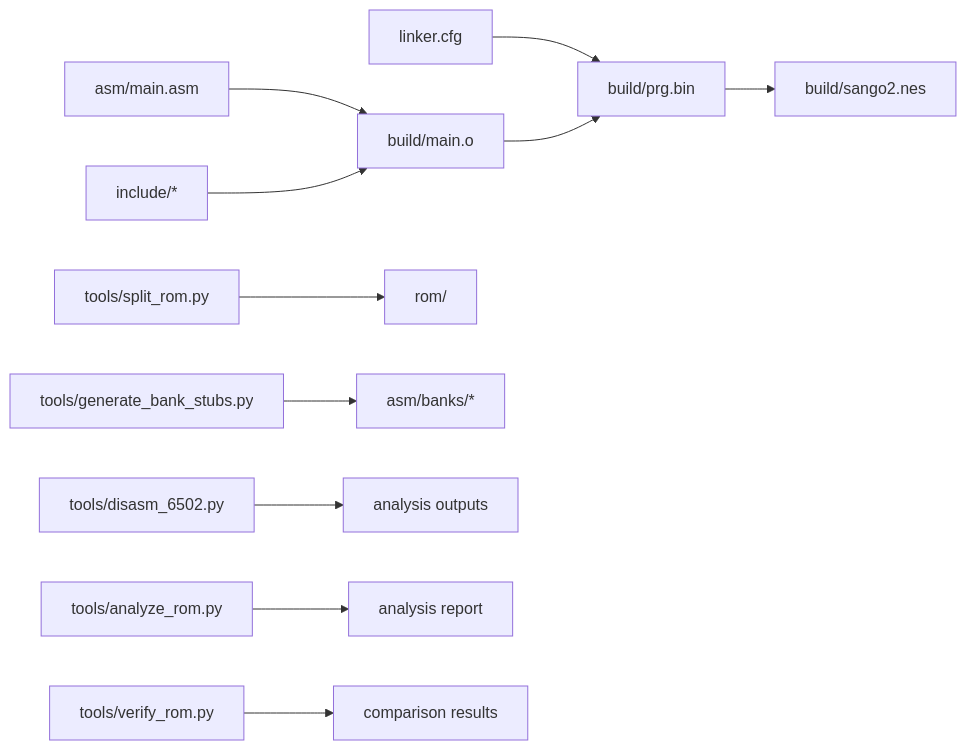
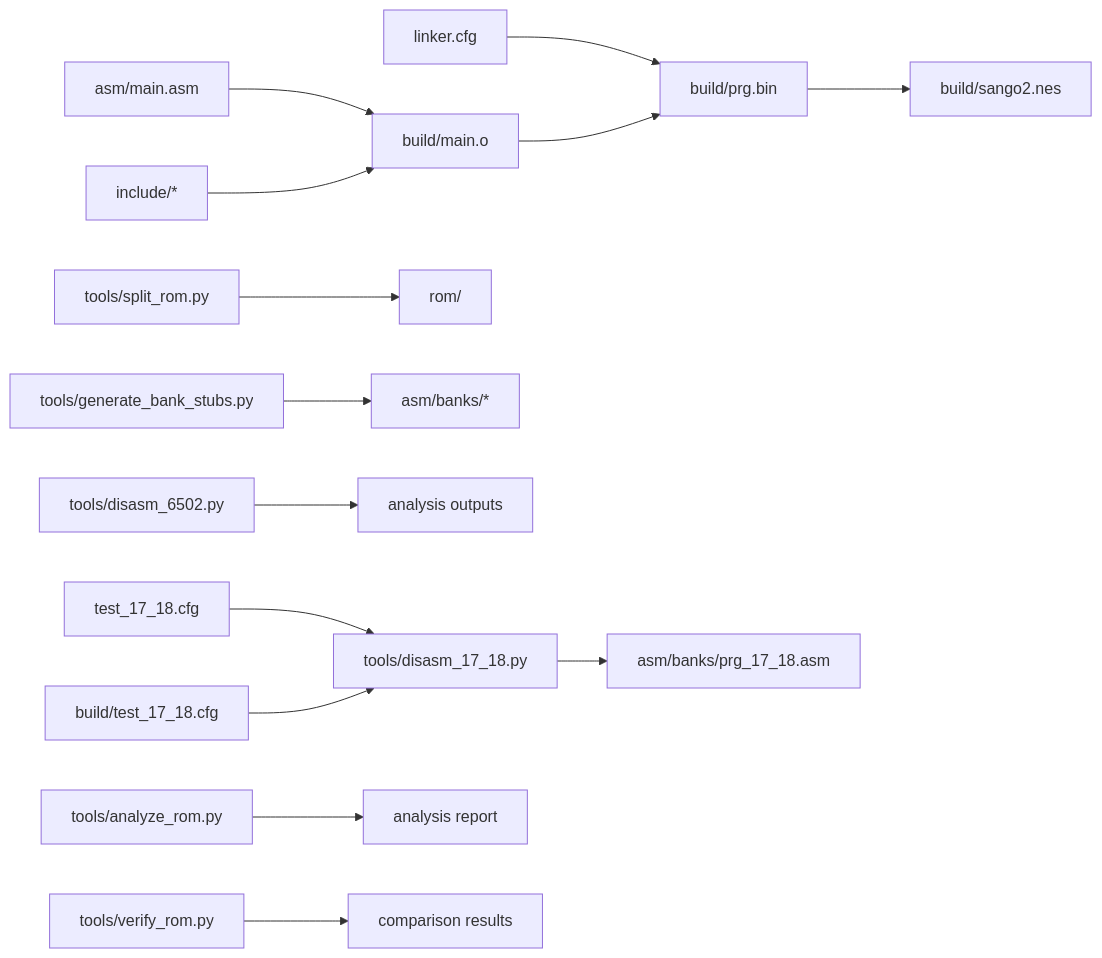
One commit to rabbyzero/sango2dasm changed the third of 3 diagrams in .qoder/repowiki/en/content/Build System and Tools/Makefile Targets and Usage.md. Above: the diagram before and after it, drawn with Mermaid. The commit also changed other lines of this file and 21 other files, not shown here.

````diff
--- a/.qoder/repowiki/en/content/Build System and Tools/Makefile Targets and Usage.md
+++ b/.qoder/repowiki/en/content/Build System and Tools/Makefile Targets and Usage.md
@@ -245,13 +301,16 @@
 ```mermaid
 graph LR
 MAIN["asm/main.asm"] --> OBJ["build/main.o"]
 INC["include/*"] --> OBJ
 CFG["linker.cfg"] --> BIN["build/prg.bin"]
 OBJ --> BIN
 BIN --> NES["build/sango2.nes"]
 SPLIT["tools/split_rom.py"] --> ROMDIR["rom/"]
 BANKS["tools/generate_bank_stubs.py"] --> ASMBANKS["asm/banks/*"]
 DISASM["tools/disasm_6502.py"] --> OUTDISASM["analysis outputs"]
+UNIDISASM["tools/disasm_17_18.py"] --> COMBINED["asm/banks/prg_17_18.asm"]
+TESTCFG["test_17_18.cfg"] --> UNIDISASM
+BUILDCFG["build/test_17_18.cfg"] --> UNIDISASM
 ANALYZE["tools/analyze_rom.py"] --> OUTANALYZE["analysis report"]
 VERIFY["tools/verify_rom.py"] --> COMPARE["comparison results"]
 ```
````
